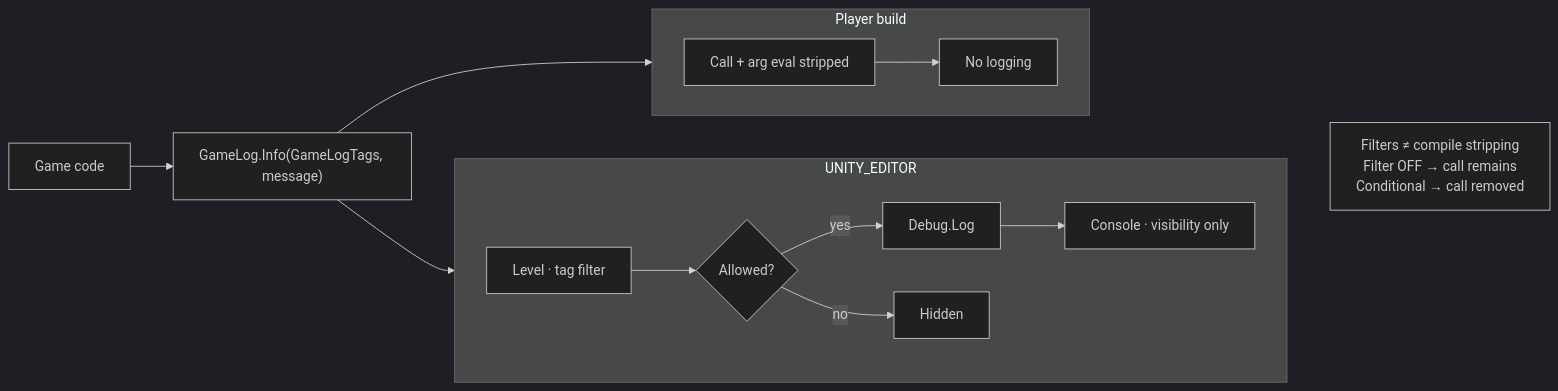
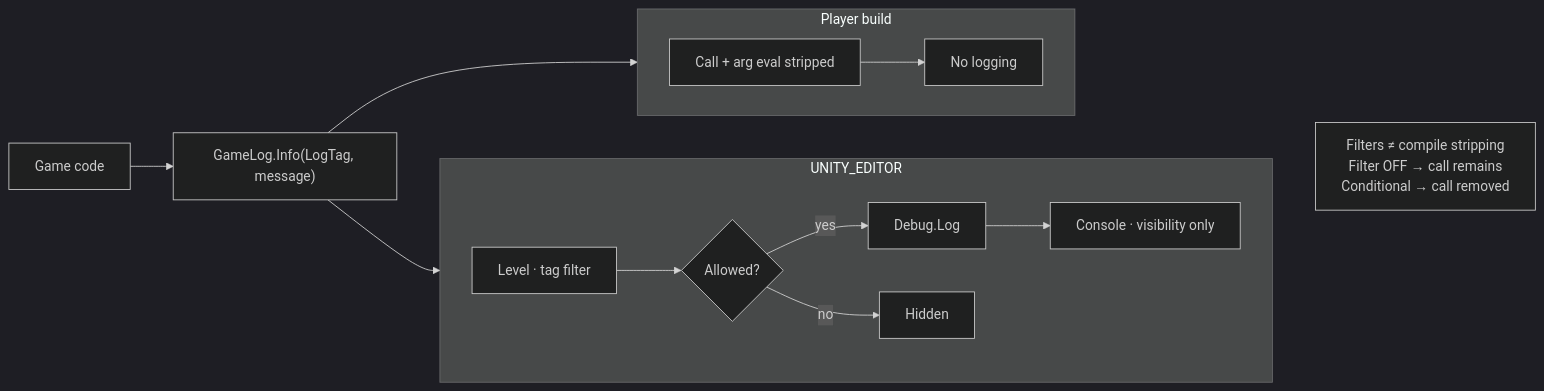
Before and after one commit to monet5379/unity-conditional-log: the diagram in docs/diagrams/overview.mmd, drawn with Mermaid. The commit also changed 7 other files, not shown here.

First line of the commit message:
docs(docs): README·Architecture·개요 다이어그램을 UPM·LogTag 계약에 맞춤

```diff
--- a/docs/diagrams/overview.mmd
+++ b/docs/diagrams/overview.mmd
@@ -1,22 +1,22 @@
 %%{init: {'theme':'dark'}}%%
 flowchart LR
-  G["Game code"] --> L["GameLog.Info(GameLogTags, message)"]
+  G["Game code"] --> L["GameLog.Info(LogTag, message)"]
 
   subgraph EDITOR["UNITY_EDITOR"]
     direction LR
     F["Level · tag filter"] --> A{"Allowed?"}
     A -->|yes| DL["Debug.Log"] --> C["Console · visibility only"]
     A -->|no| H["Hidden"]
   end
 
   subgraph PLAYER["Player build"]
     direction LR
     S["Call + arg eval stripped"] --> NL["No logging"]
   end
 
   L --> F
   L --> S
 
   NOTE["Filters ≠ compile stripping<br/>Filter OFF → call remains<br/>Conditional → call removed"]
   C ~~~ NOTE
   NL ~~~ NOTE
```
